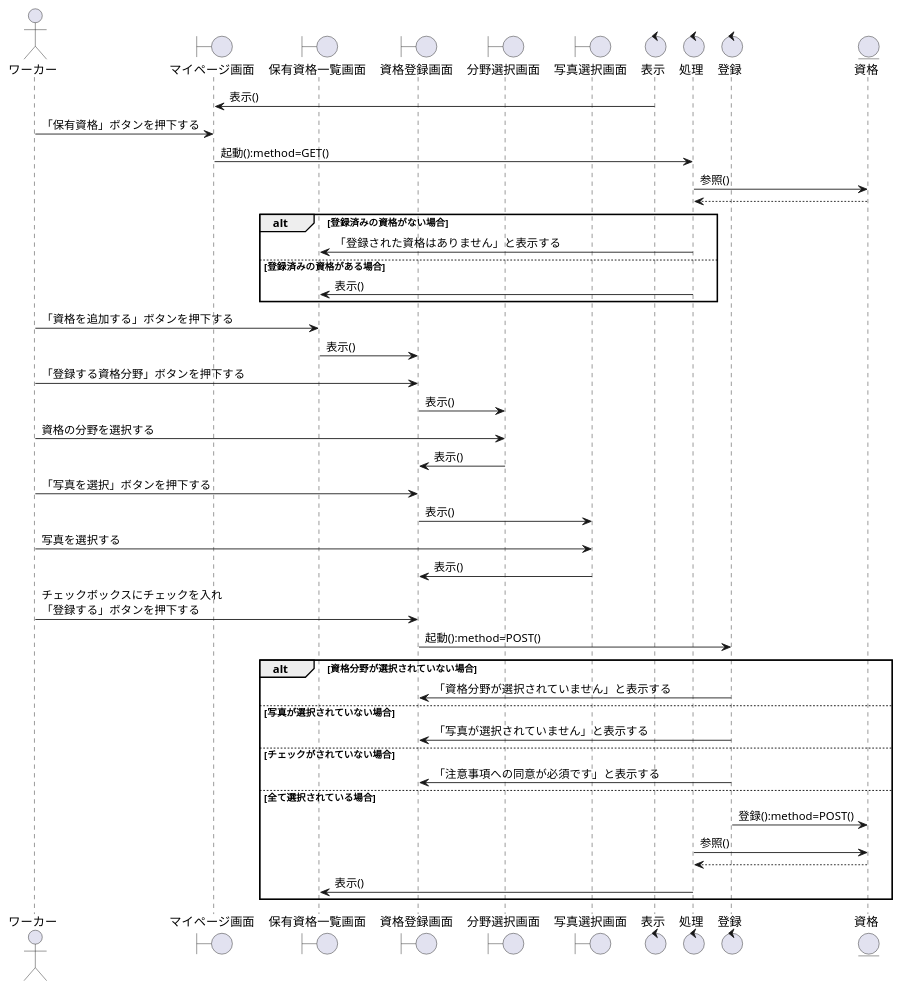
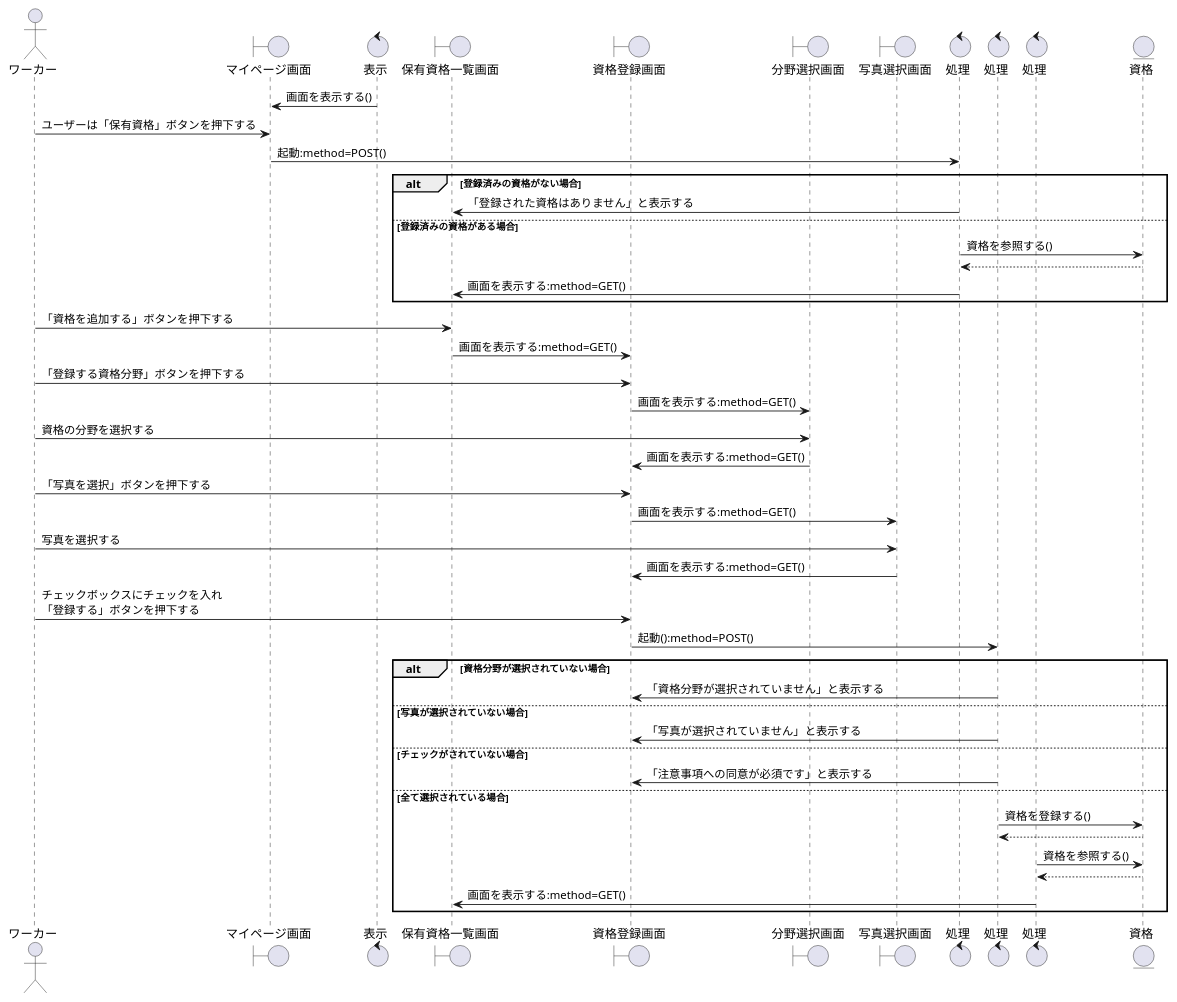
Before and after one commit to irukacb256/high_Me: the diagram in sequence_fig/7_acconts_fn/11_保有資格を追加する.pu, drawn with PlantUML. The commit also changed 9 other files, not shown here.

```diff
--- a/sequence_fig/7_acconts_fn/11_保有資格を追加する.pu
+++ b/sequence_fig/7_acconts_fn/11_保有資格を追加する.pu
@@ -1,61 +1,63 @@
 @startuml 保有資格を追加する
 
 actor ワーカー as wo1
 
 boundary マイページ画面 as bo1
+control 表示 as co1
 boundary 保有資格一覧画面 as bo2
 boundary 資格登録画面 as bo3
 boundary 分野選択画面 as bo4
 boundary 写真選択画面 as bo5
 
-control 表示 as co1
 control 処理 as co2
-control 登録 as co3
+control 処理 as co3
+control 処理 as co4
 
 entity 資格 as en1
 
-co1 -> bo1:表示()
-wo1 -> bo1:「保有資格」ボタンを押下する
-bo1 -> co2:起動():method=GET()
-co2 -> en1:参照()
-en1 --> co2
+co1 -> bo1:画面を表示する()
+wo1 -> bo1:ユーザーは「保有資格」ボタンを押下する
+bo1 -> co2:起動:method=POST()
 
 alt 登録済みの資格がない場合
     co2 -> bo2:「登録された資格はありません」と表示する
 
 else 登録済みの資格がある場合
-    co2 -> bo2:表示()
+    co2 -> en1:資格を参照する()
+    en1 --> co2
+    co2 -> bo2:画面を表示する:method=GET()
 
 end
 
 wo1 -> bo2:「資格を追加する」ボタンを押下する
-bo2 -> bo3:表示()
+bo2 -> bo3:画面を表示する:method=GET()
 wo1 -> bo3:「登録する資格分野」ボタンを押下する
-bo3 -> bo4:表示()
+bo3 -> bo4:画面を表示する:method=GET()
 wo1 -> bo4:資格の分野を選択する
-bo4 -> bo3:表示()
+bo4 -> bo3:画面を表示する:method=GET()
 wo1 -> bo3:「写真を選択」ボタンを押下する
-bo3 -> bo5:表示()
+bo3 -> bo5:画面を表示する:method=GET()
 wo1 -> bo5:写真を選択する
-bo5 -> bo3:表示()
+bo5 -> bo3:画面を表示する:method=GET()
 
 wo1 -> bo3:チェックボックスにチェックを入れ\n「登録する」ボタンを押下する
 bo3 -> co3:起動():method=POST()
 alt 資格分野が選択されていない場合
     co3 -> bo3:「資格分野が選択されていません」と表示する
 
 else 写真が選択されていない場合
     co3 -> bo3:「写真が選択されていません」と表示する
 
 else チェックがされていない場合
     co3 -> bo3:「注意事項への同意が必須です」と表示する
 
 else 全て選択されている場合    
-    co3 -> en1:登録():method=POST()
-    co2 -> en1:参照()
-    en1 --> co2
-    co2 -> bo2:表示()
+    co3 -> en1:資格を登録する()
+    co3 <--en1 
+    co4 -> en1:資格を参照する()
+    en1 --> co4
+    co4 -> bo2:画面を表示する:method=GET()
 
 end
 
 @enduml
```
